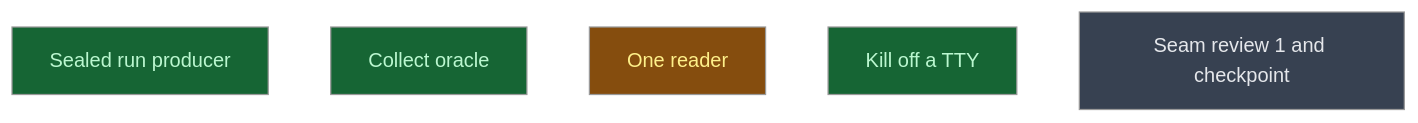
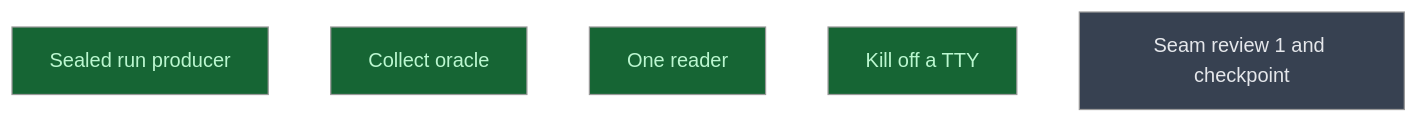
One commit to CrackingShells/Candler changed the diagram in __roadmap__/integrity/causes/README.md. Above: the diagram before and after it, drawn with Mermaid (neutral theme). The commit also changed other lines of this file, not shown here.

Commit message:
rdm(api): close the one reader leaf

````diff
--- a/__roadmap__/integrity/causes/README.md
+++ b/__roadmap__/integrity/causes/README.md
@@ -18,13 +18,13 @@
 ```mermaid
 graph TD
     sealed_run_producer[Sealed run producer]:::done
     collect_oracle[Collect oracle]:::done
-    one_reader[One reader]:::inprogress
+    one_reader[One reader]:::done
     kill_off_tty[Kill off a TTY]:::done
     checkpoint[Seam review 1 and checkpoint]:::planned
     classDef done       fill:#166534,color:#bbf7d0
     classDef inprogress fill:#854d0e,color:#fef08a
     classDef planned    fill:#374151,color:#e5e7eb
     classDef amendment  fill:#1e3a5f,color:#bfdbfe
     classDef blocked    fill:#7f1d1d,color:#fecaca
 ```
````
